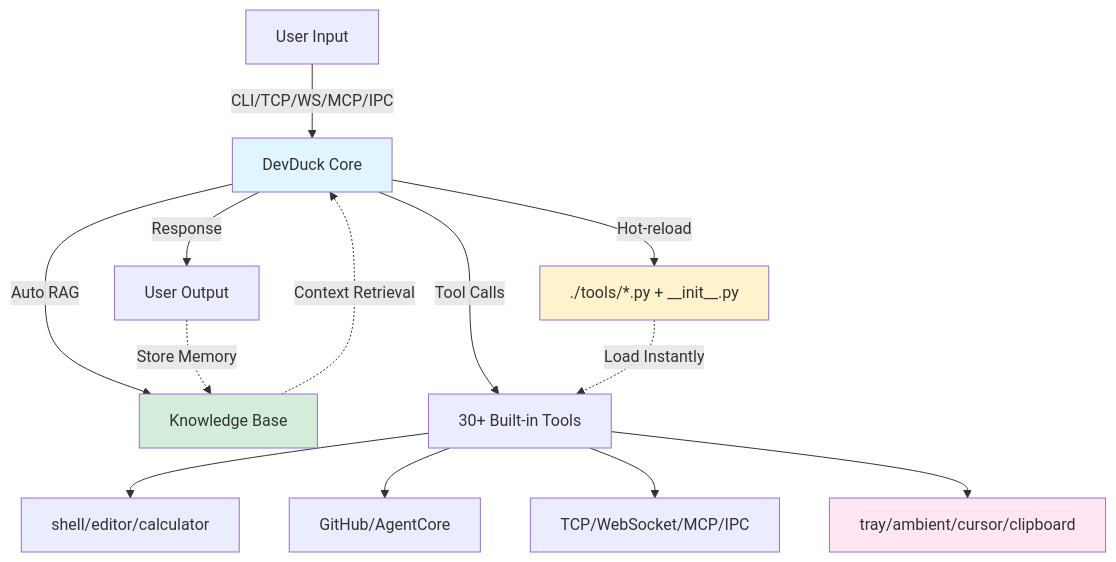
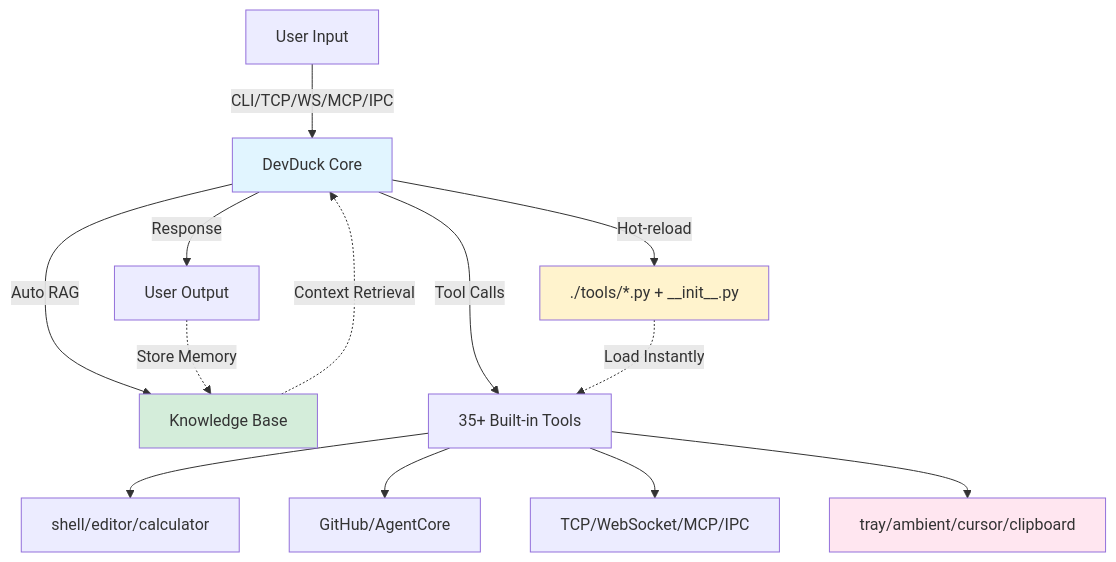
The diagram in README.md (cagataycali/devduck), drawn with Mermaid before and after one commit. The commit also changed other lines of this file and 8 other files, not shown here.

````diff
--- a/README.md
+++ b/README.md
@@ -64,20 +75,20 @@
 ```mermaid
 graph TB
     A[User Input] -->|CLI/TCP/WS/MCP/IPC| B[DevDuck Core]
     B -->|Auto RAG| C[Knowledge Base]
     C -.->|Context Retrieval| B
-    B -->|Tool Calls| D[30+ Built-in Tools]
+    B -->|Tool Calls| D[35+ Built-in Tools]
     D --> E[shell/editor/calculator]
     D --> F[GitHub/AgentCore]
     D --> G[TCP/WebSocket/MCP/IPC]
     D --> H[tray/ambient/cursor/clipboard]
     B -->|Hot-reload| I[./tools/*.py + __init__.py]
     I -.->|Load Instantly| D
     B -->|Response| J[User Output]
     J -.->|Store Memory| C
     
     style B fill:#e1f5ff
     style C fill:#d4edda
     style I fill:#fff3cd
     style H fill:#ffe6f0
 ```
````
